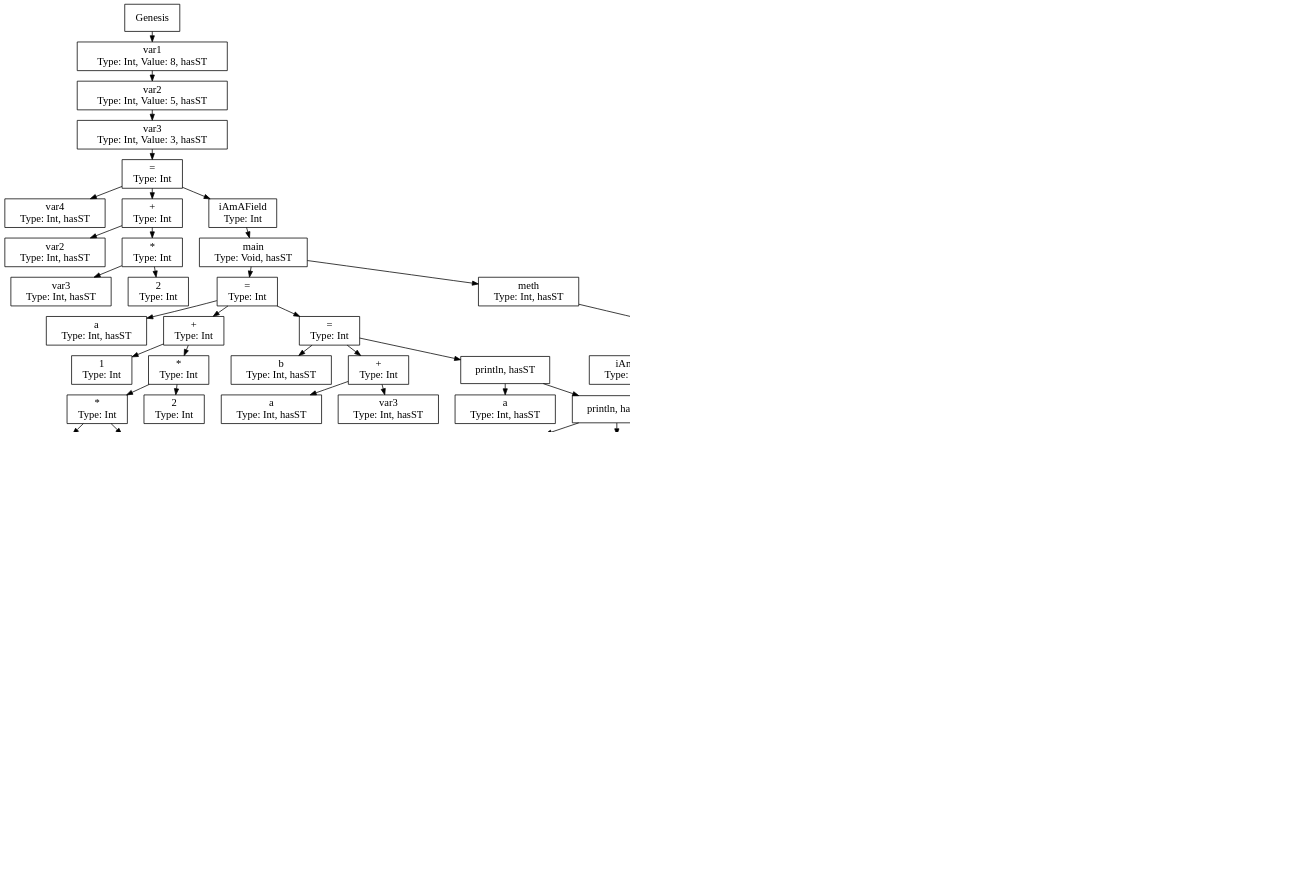
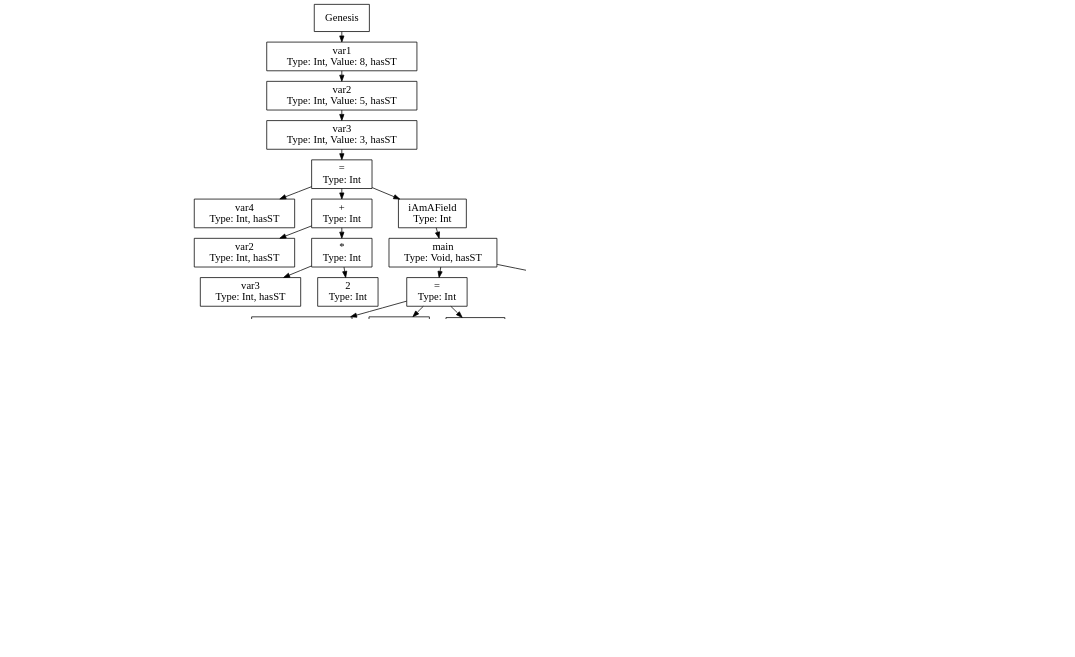
Before and after one commit to VieVaWaldi/javaSSTCompiler: the diagram in ast.dot, drawn with Graphviz. The commit also changed 2 other files, not shown here.

```diff
--- a/ast.dot
+++ b/ast.dot
@@ -1,195 +1,131 @@
 digraph D {
 graph [ dpi = 150 ]
 nodesep=0.3;
 ranksep=0.2;
 margin=0.1;
 node [shape=box];
 edge [arrowsize=0.8];
 
 Genesis [label="Genesis"];
 Genesis -> var1;
 var1 [label="var1\nType: Int, Value: 8, hasST"];
 var1 -> var2;
 var2 [label="var2\nType: Int, Value: 5, hasST"];
 var2 -> var3;
 var3 [label="var3\nType: Int, Value: 3, hasST"];
 var3 -> ASSIGN_3;
 ASSIGN_3 [label="=\nType: Int"];
 ASSIGN_3 -> var4;
 var4 [label="var4\nType: Int, hasST"];
 ASSIGN_3 -> PLUS_0;
 PLUS_0 [label="+\nType: Int"];
 PLUS_0 -> var2_0;
 var2_0 [label="var2\nType: Int, hasST"];
 PLUS_0 -> TIMES0;
 TIMES0 [label="*\nType: Int"];
 TIMES0 -> var3_1;
 var3_1 [label="var3\nType: Int, hasST"];
 TIMES0 -> N2_3;
 N2_3 [label="2\nType: Int"];
 ASSIGN_3 -> iAmAField;
 iAmAField [label="iAmAField\nType: Int"];
 iAmAField -> main_0;
 main_0 [label="main\nType: Void, hasST"];
 main_0 -> ASSIGN_4;
 ASSIGN_4 [label="=\nType: Int"];
-ASSIGN_4 -> a_2;
-a_2 [label="a\nType: Int, hasST"];
-ASSIGN_4 -> PLUS_1;
-PLUS_1 [label="+\nType: Int"];
-PLUS_1 -> N1_4;
-N1_4 [label="1\nType: Int"];
-PLUS_1 -> TIMES2;
-TIMES2 [label="*\nType: Int"];
-TIMES2 -> TIMES1;
-TIMES1 [label="*\nType: Int"];
-TIMES1 -> N5_5;
-N5_5 [label="5\nType: Int"];
-TIMES1 -> N3_6;
-N3_6 [label="3\nType: Int"];
-TIMES2 -> N2_7;
-N2_7 [label="2\nType: Int"];
-ASSIGN_4 -> ASSIGN_5;
-ASSIGN_5 [label="=\nType: Int"];
-ASSIGN_5 -> b_3;
-b_3 [label="b\nType: Int, hasST"];
-ASSIGN_5 -> PLUS_2;
-PLUS_2 [label="+\nType: Int"];
-PLUS_2 -> a_4;
-a_4 [label="a\nType: Int, hasST"];
-PLUS_2 -> var3_5;
-var3_5 [label="var3\nType: Int, hasST"];
-ASSIGN_5 -> println_C_0;
-println_C_0 [label="println, hasST"];
-println_C_0 -> a_6;
-a_6 [label="a\nType: Int, hasST"];
-println_C_0 -> println_C_1;
-println_C_1 [label="println, hasST"];
-println_C_1 -> b_7;
-b_7 [label="b\nType: Int, hasST"];
-println_C_1 -> println_C_2;
-println_C_2 [label="println, hasST"];
-println_C_2 -> var2_8;
-var2_8 [label="var2\nType: Int, hasST"];
-println_C_2 -> ASSIGN_6;
-ASSIGN_6 [label="=\nType: Int"];
-ASSIGN_6 -> iAmAField_9;
-iAmAField_9 [label="iAmAField\nType: Int, hasST"];
-ASSIGN_6 -> PLUS_3;
-PLUS_3 [label="+\nType: Int"];
-PLUS_3 -> N1_8;
-N1_8 [label="1\nType: Int"];
-PLUS_3 -> var3_10;
-var3_10 [label="var3\nType: Int, hasST"];
-ASSIGN_6 -> println_C_3;
-println_C_3 [label="println, hasST"];
-println_C_3 -> iAmAField_11;
-iAmAField_11 [label="iAmAField\nType: Int, hasST"];
-println_C_3 -> ASSIGN_7;
-ASSIGN_7 [label="=\nType: Int"];
-ASSIGN_7 -> b_12;
-b_12 [label="b\nType: Int, hasST"];
-ASSIGN_7 -> meth_C_4;
-meth_C_4 [label="meth, hasST"];
-meth_C_4 -> N1_9;
-N1_9 [label="1\nType: Int"];
-ASSIGN_7 -> println_C_5;
-println_C_5 [label="println, hasST"];
-println_C_5 -> b_13;
-b_13 [label="b\nType: Int, hasST"];
-println_C_5 -> ASSIGN_8;
-ASSIGN_8 [label="=\nType: Int"];
-ASSIGN_8 -> a_14;
-a_14 [label="a\nType: Int, hasST"];
-ASSIGN_8 -> N12_10;
-N12_10 [label="12\nType: Int"];
-ASSIGN_8 -> IF_ELSE_1;
+ASSIGN_4 -> s_2;
+s_2 [label="s\nType: Int, hasST"];
+ASSIGN_4 -> N10_4;
+N10_4 [label="10\nType: Int"];
+ASSIGN_4 -> IF_ELSE_1;
 IF_ELSE_1 [label="IF_ELSE"];
 IF_ELSE_1 -> IF_0;
 IF_0 [label="IF"];
 IF_0 -> LTHAN0;
 LTHAN0 [label="<\nType: Bool"];
-LTHAN0 -> a_15;
-a_15 [label="a\nType: Int, hasST"];
-LTHAN0 -> N11_11;
-N11_11 [label="11\nType: Int"];
+LTHAN0 -> s_3;
+s_3 [label="s\nType: Int, hasST"];
+LTHAN0 -> N11_5;
+N11_5 [label="11\nType: Int"];
 IF_0 -> IF_ELSE_0;
 IF_ELSE_0 [label="IF_ELSE"];
 IF_ELSE_0 -> IF_1;
 IF_1 [label="IF"];
-IF_1 -> LTHAN1;
-LTHAN1 [label="<\nType: Bool"];
-LTHAN1 -> a_16;
-a_16 [label="a\nType: Int, hasST"];
-LTHAN1 -> N11_12;
-N11_12 [label="11\nType: Int"];
-IF_1 -> ASSIGN_9;
-ASSIGN_9 [label="=\nType: Int"];
-ASSIGN_9 -> a_17;
-a_17 [label="a\nType: Int, hasST"];
-ASSIGN_9 -> N12_13;
-N12_13 [label="12\nType: Int"];
-IF_ELSE_0 -> ASSIGN_10;
-ASSIGN_10 [label="=\nType: Int"];
-ASSIGN_10 -> a_18;
-a_18 [label="a\nType: Int, hasST"];
-ASSIGN_10 -> N13_14;
-N13_14 [label="13\nType: Int"];
-IF_ELSE_1 -> ASSIGN_11;
-ASSIGN_11 [label="=\nType: Int"];
-ASSIGN_11 -> a_19;
-a_19 [label="a\nType: Int, hasST"];
-ASSIGN_11 -> N13_15;
-N13_15 [label="13\nType: Int"];
-IF_ELSE_1 -> println_C_6;
-println_C_6 [label="println, hasST"];
-println_C_6 -> a_20;
-a_20 [label="a\nType: Int, hasST"];
-println_C_6 -> RETURN_0;
+IF_1 -> GTHAN1;
+GTHAN1 [label=">\nType: Bool"];
+GTHAN1 -> s_4;
+s_4 [label="s\nType: Int, hasST"];
+GTHAN1 -> N9_6;
+N9_6 [label="9\nType: Int"];
+IF_1 -> ASSIGN_5;
+ASSIGN_5 [label="=\nType: Int"];
+ASSIGN_5 -> s_5;
+s_5 [label="s\nType: Int, hasST"];
+ASSIGN_5 -> meth_C_0;
+meth_C_0 [label="meth, hasST"];
+meth_C_0 -> N1_7;
+N1_7 [label="1\nType: Int"];
+IF_ELSE_0 -> ASSIGN_6;
+ASSIGN_6 [label="=\nType: Int"];
+ASSIGN_6 -> s_6;
+s_6 [label="s\nType: Int, hasST"];
+ASSIGN_6 -> N2_8;
+N2_8 [label="2\nType: Int"];
+IF_ELSE_1 -> ASSIGN_7;
+ASSIGN_7 [label="=\nType: Int"];
+ASSIGN_7 -> s_7;
+s_7 [label="s\nType: Int, hasST"];
+ASSIGN_7 -> N4_9;
+N4_9 [label="4\nType: Int"];
+IF_ELSE_1 -> println_C_1;
+println_C_1 [label="println, hasST"];
+println_C_1 -> s_8;
+s_8 [label="s\nType: Int, hasST"];
+println_C_1 -> RETURN_0;
 RETURN_0 [label="RETURN"];
 main_0 -> meth_1;
 meth_1 [label="meth\nType: Int, hasST"];
-meth_1 -> ASSIGN_12;
-ASSIGN_12 [label="=\nType: Int"];
-ASSIGN_12 -> iAmAField_21;
-iAmAField_21 [label="iAmAField\nType: Int, hasST"];
-ASSIGN_12 -> N8_16;
-N8_16 [label="8\nType: Int"];
-ASSIGN_12 -> ASSIGN_13;
-ASSIGN_13 [label="=\nType: Int"];
-ASSIGN_13 -> c_22;
-c_22 [label="c\nType: Int, hasST"];
-ASSIGN_13 -> N2_17;
-N2_17 [label="2\nType: Int"];
-ASSIGN_13 -> ASSIGN_14;
-ASSIGN_14 [label="=\nType: Int"];
-ASSIGN_14 -> p_23;
-p_23 [label="p\nType: Int, hasST"];
-ASSIGN_14 -> PLUS_4;
+meth_1 -> ASSIGN_8;
+ASSIGN_8 [label="=\nType: Int"];
+ASSIGN_8 -> iAmAField_9;
+iAmAField_9 [label="iAmAField\nType: Int, hasST"];
+ASSIGN_8 -> N5_10;
+N5_10 [label="5\nType: Int"];
+ASSIGN_8 -> ASSIGN_9;
+ASSIGN_9 [label="=\nType: Int"];
+ASSIGN_9 -> c_10;
+c_10 [label="c\nType: Int, hasST"];
+ASSIGN_9 -> N2_11;
+N2_11 [label="2\nType: Int"];
+ASSIGN_9 -> ASSIGN_10;
+ASSIGN_10 [label="=\nType: Int"];
+ASSIGN_10 -> p_11;
+p_11 [label="p\nType: Int, hasST"];
+ASSIGN_10 -> PLUS_1;
+PLUS_1 [label="+\nType: Int"];
+PLUS_1 -> p_12;
+p_12 [label="p\nType: Int, hasST"];
+PLUS_1 -> N2_12;
+N2_12 [label="2\nType: Int"];
+ASSIGN_10 -> RETURN_1;
+RETURN_1 [label="RETURN"];
+RETURN_1 -> MINUS_5;
+MINUS_5 [label="-\nType: Int"];
+MINUS_5 -> PLUS_4;
 PLUS_4 [label="+\nType: Int"];
-PLUS_4 -> p_24;
-p_24 [label="p\nType: Int, hasST"];
-PLUS_4 -> N2_18;
-N2_18 [label="2\nType: Int"];
-ASSIGN_14 -> RETURN_1;
-RETURN_1 [label="RETURN"];
-RETURN_1 -> MINUS_8;
-MINUS_8 [label="-\nType: Int"];
-MINUS_8 -> PLUS_7;
-PLUS_7 [label="+\nType: Int"];
-PLUS_7 -> PLUS_6;
-PLUS_6 [label="+\nType: Int"];
-PLUS_6 -> PLUS_5;
-PLUS_5 [label="+\nType: Int"];
-PLUS_5 -> p_25;
-p_25 [label="p\nType: Int, hasST"];
-PLUS_5 -> N1_19;
-N1_19 [label="1\nType: Int"];
-PLUS_6 -> c_26;
-c_26 [label="c\nType: Int, hasST"];
-PLUS_7 -> var3_27;
-var3_27 [label="var3\nType: Int, hasST"];
-MINUS_8 -> iAmAField_28;
-iAmAField_28 [label="iAmAField\nType: Int, hasST"];
+PLUS_4 -> PLUS_3;
+PLUS_3 [label="+\nType: Int"];
+PLUS_3 -> PLUS_2;
+PLUS_2 [label="+\nType: Int"];
+PLUS_2 -> p_13;
+p_13 [label="p\nType: Int, hasST"];
+PLUS_2 -> N1_13;
+N1_13 [label="1\nType: Int"];
+PLUS_3 -> c_14;
+c_14 [label="c\nType: Int, hasST"];
+PLUS_4 -> var3_15;
+var3_15 [label="var3\nType: Int, hasST"];
+MINUS_5 -> iAmAField_16;
+iAmAField_16 [label="iAmAField\nType: Int, hasST"];
 
 }
```
